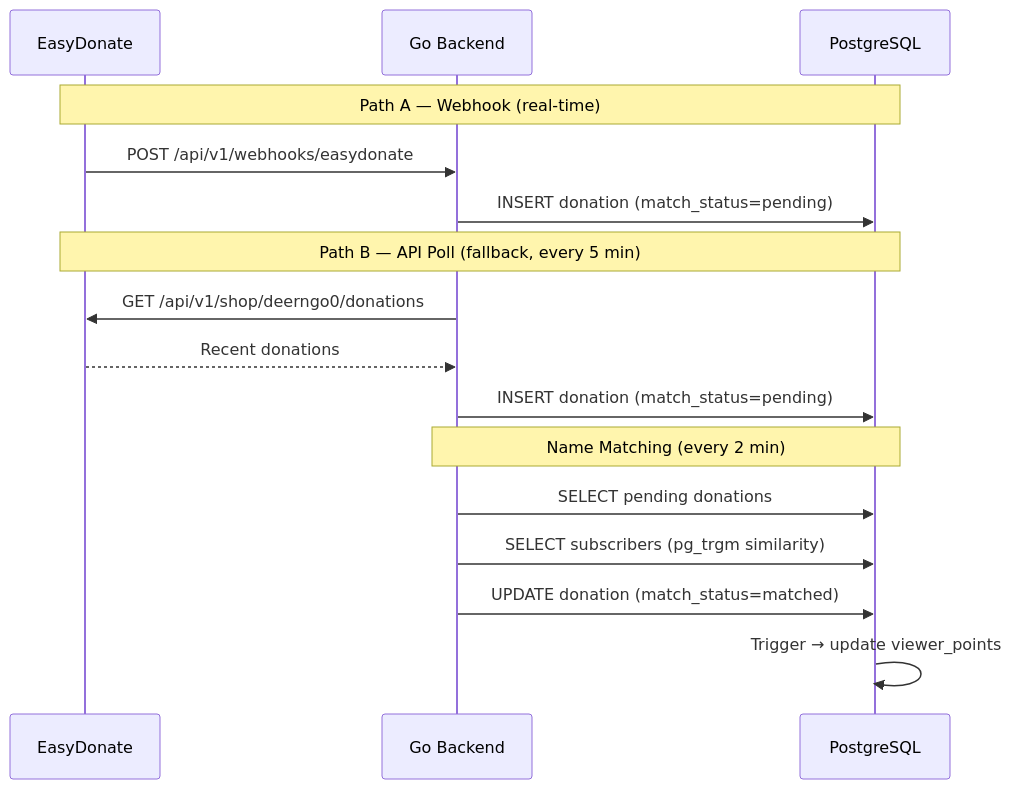
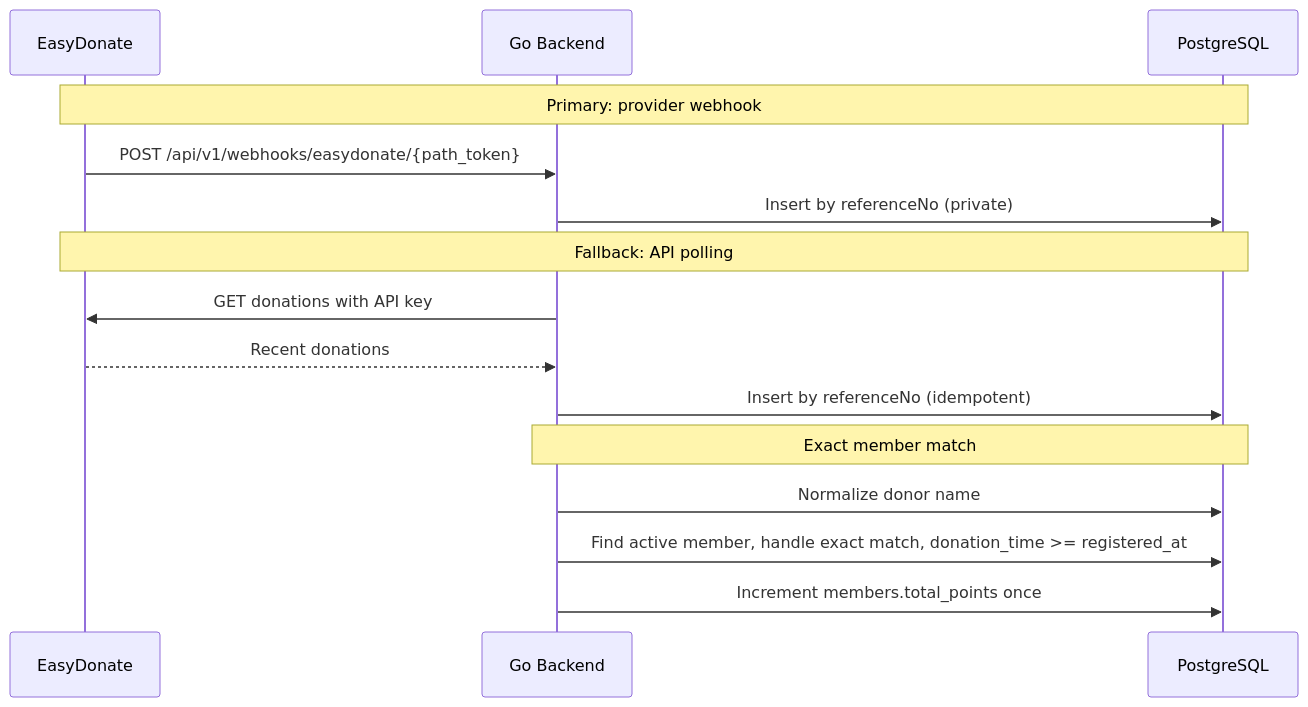
Before and after one commit to oat431/document_template: the fourth of 6 diagrams in external_spec/deerngo_bot/02_design/029_architecture_overview.md, drawn with Mermaid. The commit also changed other lines of this file and 32 other files, not shown here.

````diff
--- a/external_spec/deerngo_bot/02_design/029_architecture_overview.md
+++ b/external_spec/deerngo_bot/02_design/029_architecture_overview.md
@@ -105,21 +128,20 @@
 ```mermaid
 sequenceDiagram
     participant ED as EasyDonate
     participant Go as Go Backend
     participant DB as PostgreSQL
 
-    Note over ED,DB: Path A — Webhook (real-time)
-    ED->>Go: POST /api/v1/webhooks/easydonate
-    Go->>DB: INSERT donation (match_status=pending)
+    Note over ED,DB: Primary: provider webhook
+    ED->>Go: POST /api/v1/webhooks/easydonate/{path_token}
+    Go->>DB: Insert by referenceNo (private)
 
-    Note over ED,DB: Path B — API Poll (fallback, every 5 min)
-    Go->>ED: GET /api/v1/shop/deerngo0/donations
+    Note over ED,DB: Fallback: API polling
+    Go->>ED: GET donations with API key
     ED-->>Go: Recent donations
-    Go->>DB: INSERT donation (match_status=pending)
+    Go->>DB: Insert by referenceNo (idempotent)
 
-    Note over Go,DB: Name Matching (every 2 min)
-    Go->>DB: SELECT pending donations
-    Go->>DB: SELECT subscribers (pg_trgm similarity)
-    Go->>DB: UPDATE donation (match_status=matched)
-    DB->>DB: Trigger → update viewer_points
+    Note over Go,DB: Exact member match
+    Go->>DB: Normalize donor name
+    Go->>DB: Find active member, handle exact match, donation_time >= registered_at
+    Go->>DB: Increment members.total_points once
 ```
````
